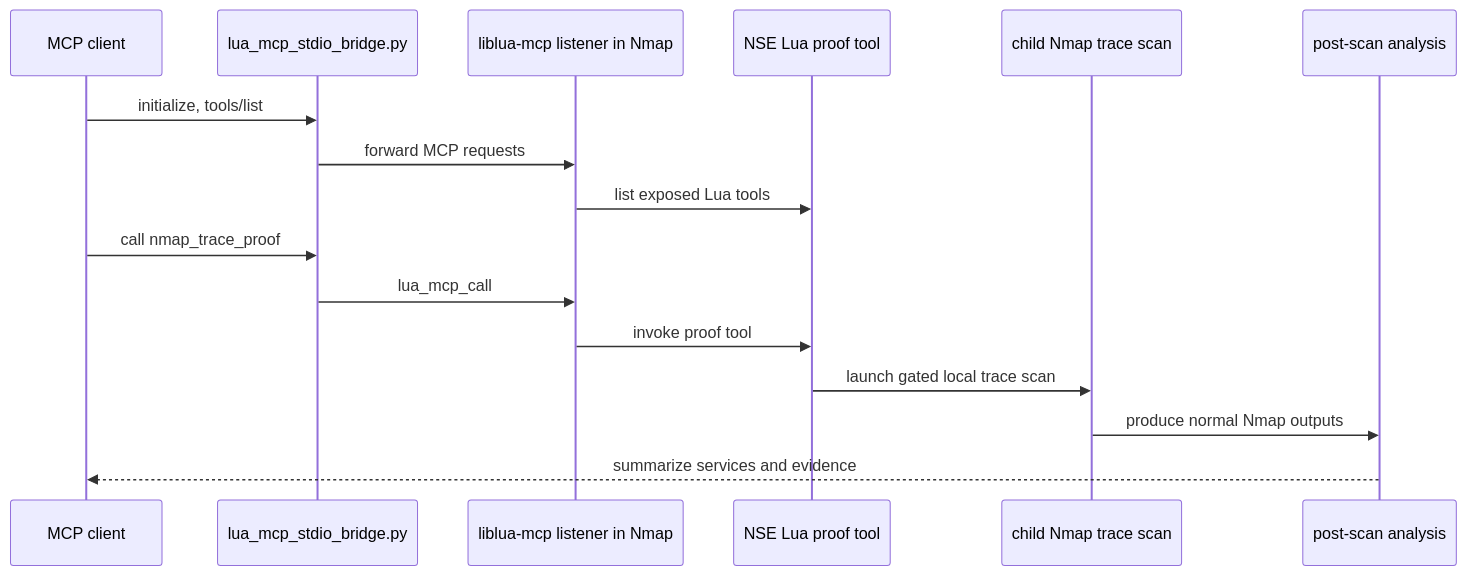
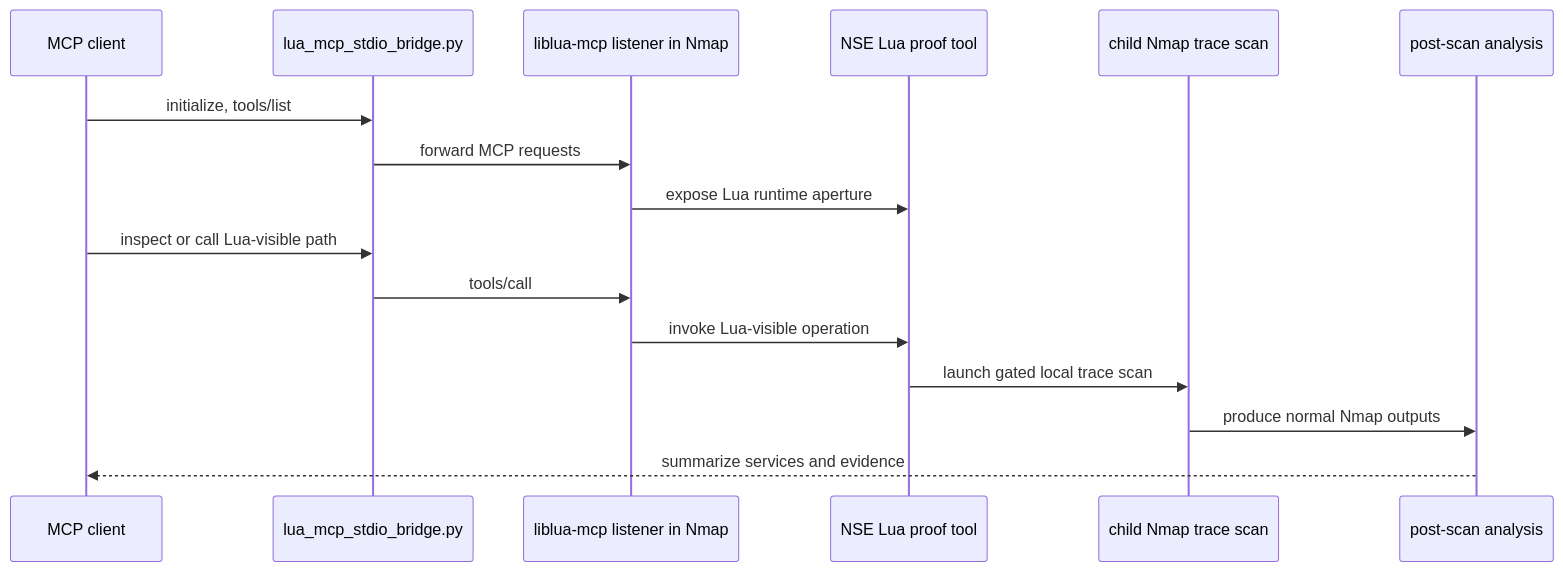
One commit to buanzo/lua-mcp changed the second of 2 diagrams in WHITEPAPER.md. Above: the diagram before and after it, drawn with Mermaid. The commit also changed other lines of this file and 6 other files, not shown here.

Commit message:
Add generic Lua MCP aperture tools

````diff
--- a/WHITEPAPER.md
+++ b/WHITEPAPER.md
@@ -126,19 +154,19 @@
 ```mermaid
 sequenceDiagram
     participant Agent as MCP client
     participant Bridge as lua_mcp_stdio_bridge.py
     participant Listener as liblua-mcp listener in Nmap
     participant NSE as NSE Lua proof tool
     participant Scan as child Nmap trace scan
     participant Analysis as post-scan analysis
 
     Agent->>Bridge: initialize, tools/list
     Bridge->>Listener: forward MCP requests
-    Listener->>NSE: list exposed Lua tools
-    Agent->>Bridge: call nmap_trace_proof
-    Bridge->>Listener: lua_mcp_call
-    Listener->>NSE: invoke proof tool
+    Listener->>NSE: expose Lua runtime aperture
+    Agent->>Bridge: inspect or call Lua-visible path
+    Bridge->>Listener: tools/call
+    Listener->>NSE: invoke Lua-visible operation
     NSE->>Scan: launch gated local trace scan
     Scan->>Analysis: produce normal Nmap outputs
     Analysis-->>Agent: summarize services and evidence
 ```
````
